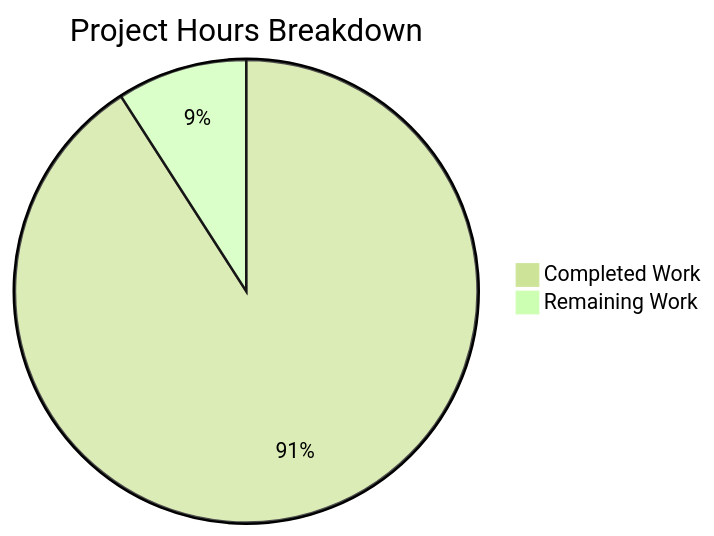
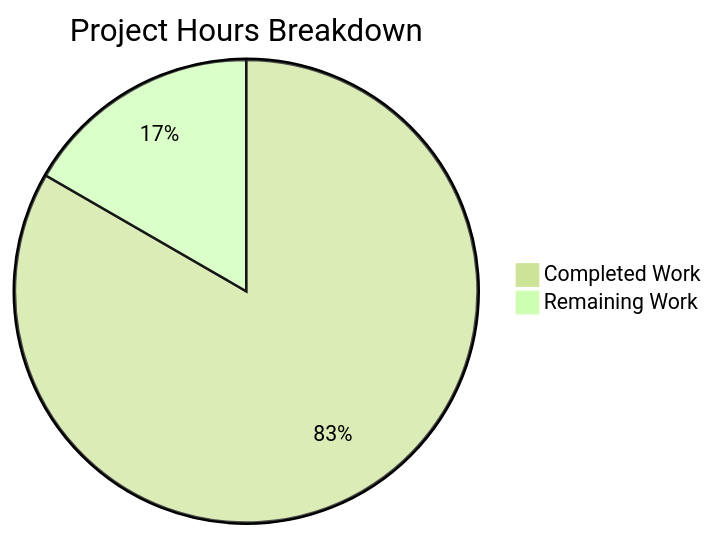
The diagram in blitzy/documentation/Project Guide.md (blitzy-public-samples/blitzy-WebVella-ERP), drawn with Mermaid (forest theme) before and after one commit. The commit also changed other lines of this file, not shown here.

Commit message:
Adding Blitzy Project Guide: Project Status and Human Tasks Remaining

````diff
--- a/blitzy/documentation/Project Guide.md
+++ b/blitzy/documentation/Project Guide.md
@@ -27,5 +23,5 @@
 ```mermaid
 pie title Project Hours Breakdown
     "Completed Work" : 220
-    "Remaining Work" : 22
+    "Remaining Work" : 44
 ```
````
